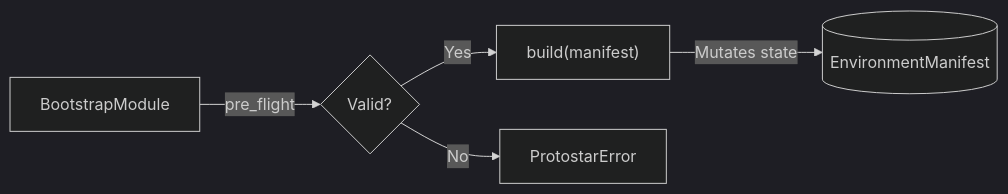
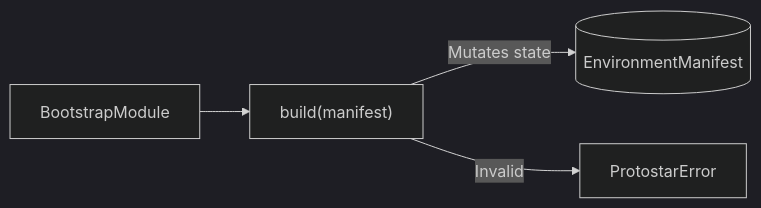
Before and after one commit to JacksonFergusonDev/protostar: the second of 2 diagrams in docs/developer/api-reference.md, drawn with Mermaid (dark theme). The commit also changed other lines of this file and 46 other files, not shown here.

First line of the commit message:
feat(engine)!: missing tools are data, not a fatal pre-flight (#345)

````diff
--- a/docs/developer/api-reference.md
+++ b/docs/developer/api-reference.md
@@ -211,7 +203,6 @@
     ```mermaid
     flowchart LR
-    M[BootstrapModule] -->|pre_flight| C{Valid?}
-    C -->|Yes| B["build(manifest)"]
-    C -->|No| E[ProtostarError]
+    M[BootstrapModule] --> B["build(manifest)"]
     B -->|Mutates state| EM[(EnvironmentManifest)]
+    B -->|Invalid| E[ProtostarError]
     ```
````
